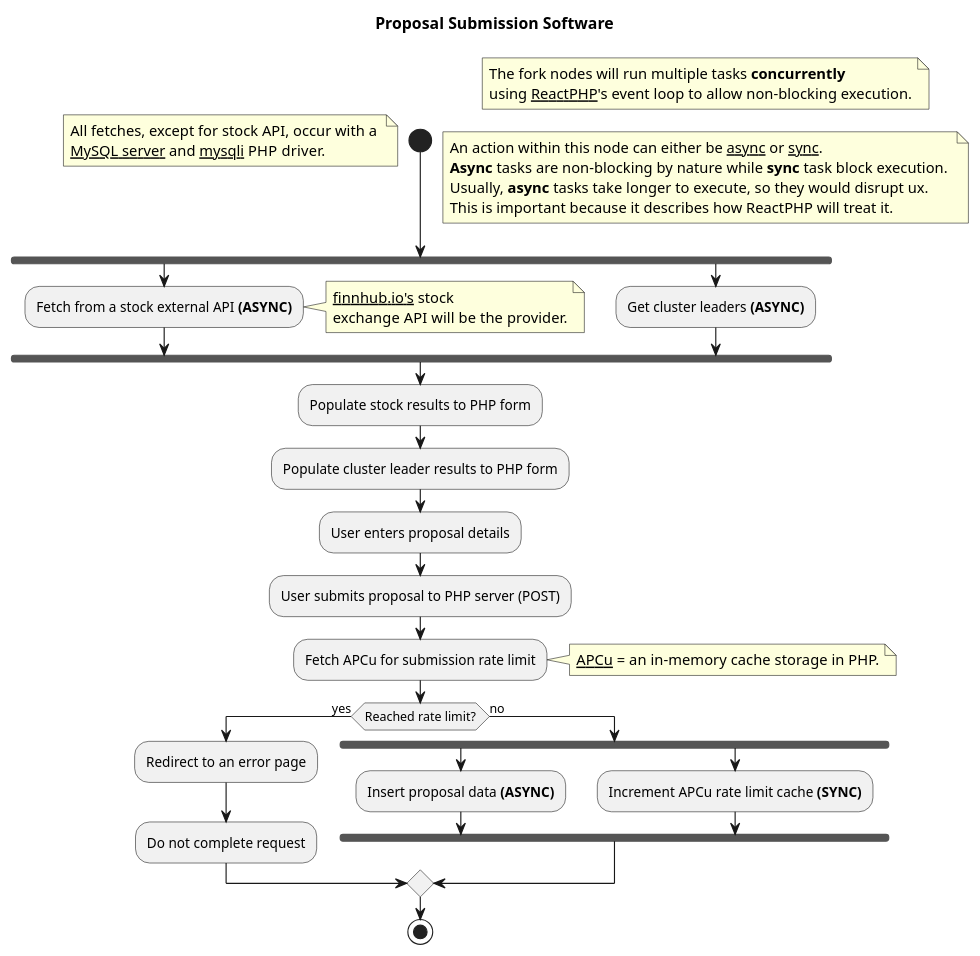
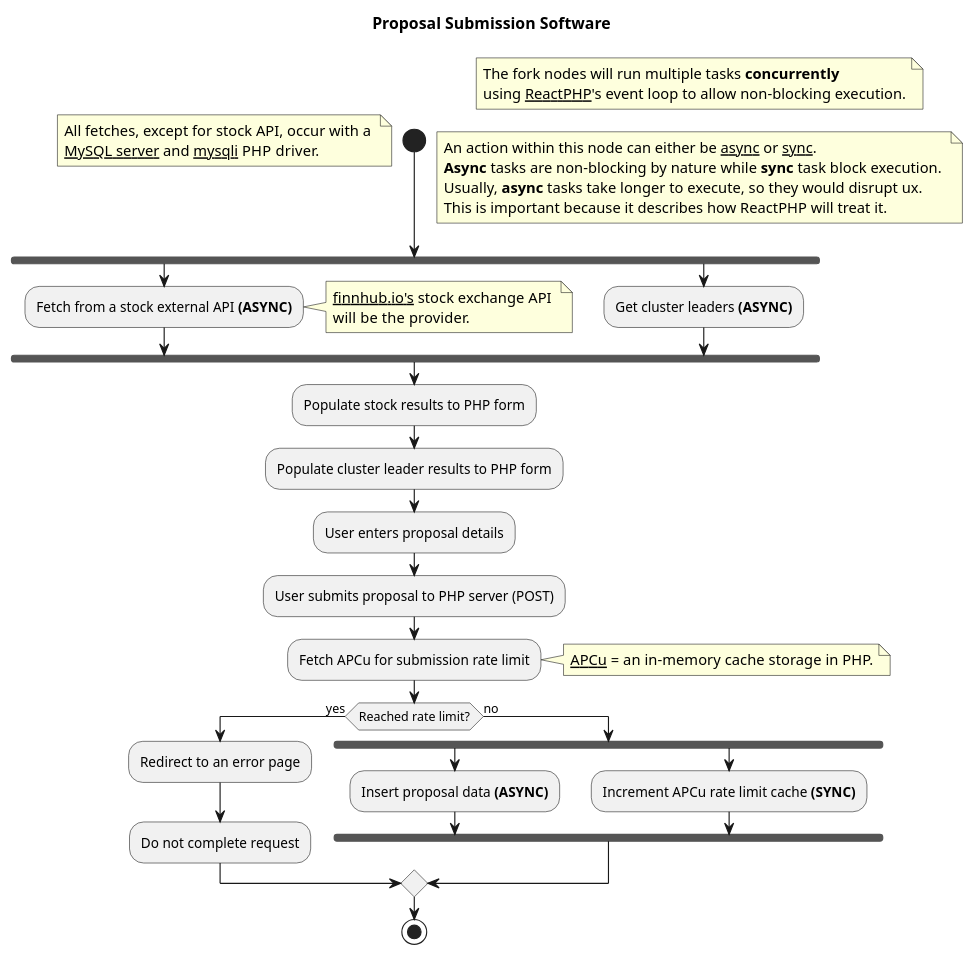
Before and after one commit to mystocks-africa/bycig-mkt: the diagram in software-design/Architecture.md, drawn with PlantUML.

Commit message:
update the formatting for said note

````diff
--- a/software-design/Architecture.md
+++ b/software-design/Architecture.md
@@ -11,56 +11,56 @@
 ```plantuml
 @startuml
 
 title Proposal Submission Software
 
 start
 note left
   All fetches, except for stock API, occur with a 
   <u>MySQL server</u> and <u>mysqli</u> PHP driver.
 end note
 
 note right
   The fork nodes will run multiple tasks <b>concurrently</b>
   using <u>ReactPHP</u>'s event loop to allow non-blocking execution.
 end note
 
 note right
     An action within this node can either be <u>async</u> or <u>sync</u>.
     <b>Async</b> tasks are non-blocking by nature while <b>sync</b> task block execution. 
     Usually, <b>async</b> tasks take longer to execute, so they would disrupt ux. 
     This is important because it describes how ReactPHP will treat it.
 end note
 
 fork
     :Fetch from a stock external API <b>(ASYNC)</b>;
     note right
-        <u>finnhub.io's</u> stock
-        exchange API will be the provider.
+        <u>finnhub.io's</u> stock exchange API 
+        will be the provider.
     end note
 fork again
     :Get cluster leaders <b>(ASYNC)</b>;
 end fork
 
 :Populate stock results to PHP form;
 :Populate cluster leader results to PHP form;
 :User enters proposal details;
 :User submits proposal to PHP server (POST);
 :Fetch APCu for submission rate limit;
 
 note right
   <u>APCu</u> = an in-memory cache storage in PHP.
 end note
 
 if (Reached rate limit?) then (yes)
     :Redirect to an error page;
     :Do not complete request;
 else (no)
     fork
         :Insert proposal data <b>(ASYNC)</b>;
     fork again
         :Increment APCu rate limit cache <b>(SYNC)</b>;
     end fork
 endif
 stop
 @enduml
 ```
````
